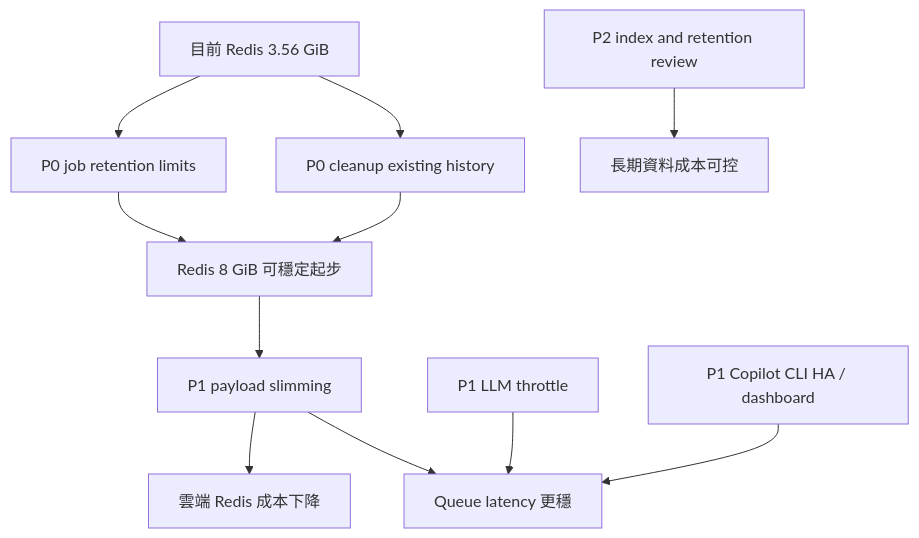
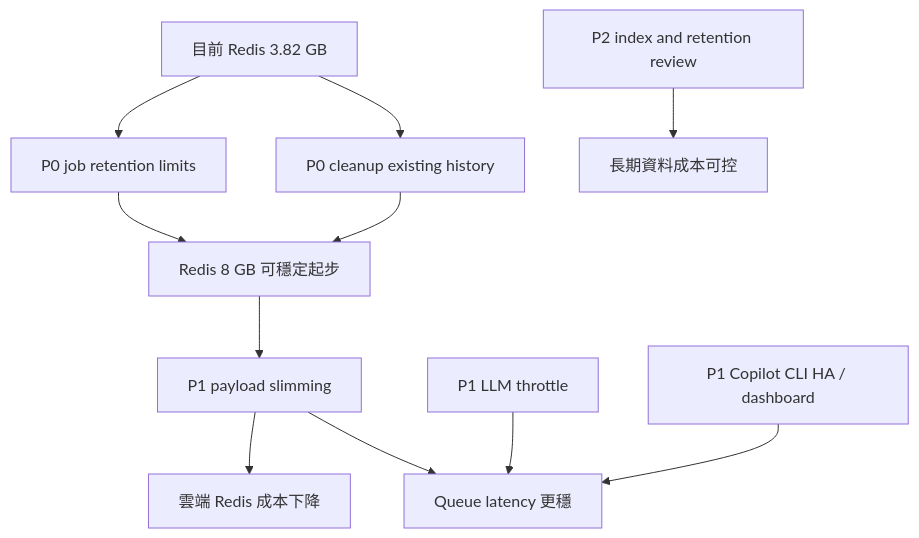
Before and after one commit to chunkai1312/temp: diagram 16 of 17 in production-resource-architecture-proposal.md, drawn with Mermaid. The commit also changed other lines of this file, not shown here.

````diff
--- a/production-resource-architecture-proposal.md
+++ b/production-resource-architecture-proposal.md
@@ -674,13 +674,13 @@
 ```mermaid
 flowchart TB
-  NOW["目前 Redis 3.56 GiB"] --> P0A["P0 job retention limits"]
+  NOW["目前 Redis 3.82 GB"] --> P0A["P0 job retention limits"]
   NOW --> P0B["P0 cleanup existing history"]
-  P0A --> LOWER["Redis 8 GiB 可穩定起步"]
+  P0A --> LOWER["Redis 8 GB 可穩定起步"]
   P0B --> LOWER
   LOWER --> P1A["P1 payload slimming"]
   P1A --> COST["雲端 Redis 成本下降"]
   P1A --> STABILITY["Queue latency 更穩"]
   P1B["P1 LLM throttle"] --> STABILITY
   P1C["P1 Copilot CLI HA / dashboard"] --> STABILITY
   P2["P2 index and retention review"] --> LONGTERM["長期資料成本可控"]
 ```
````
